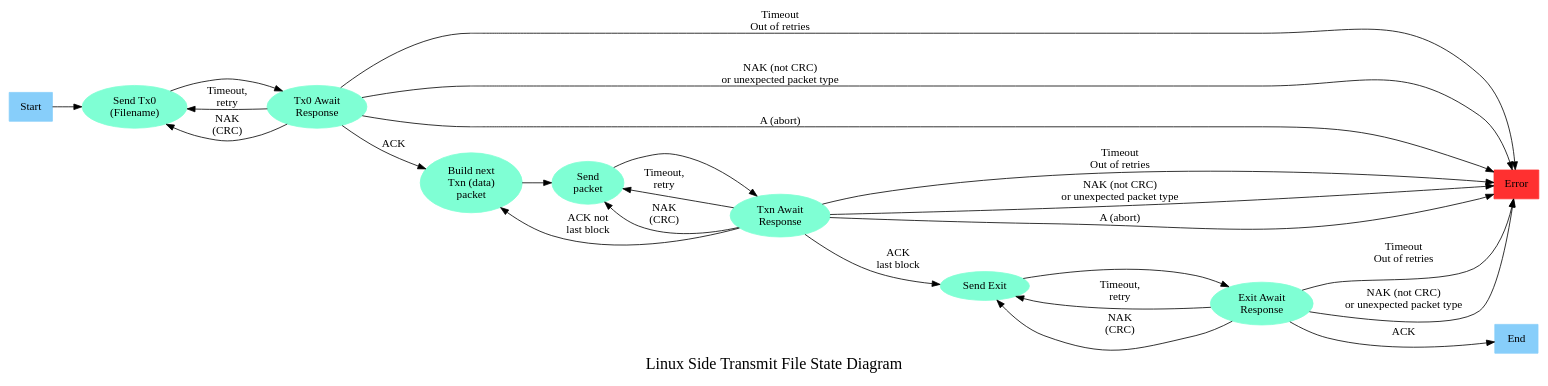
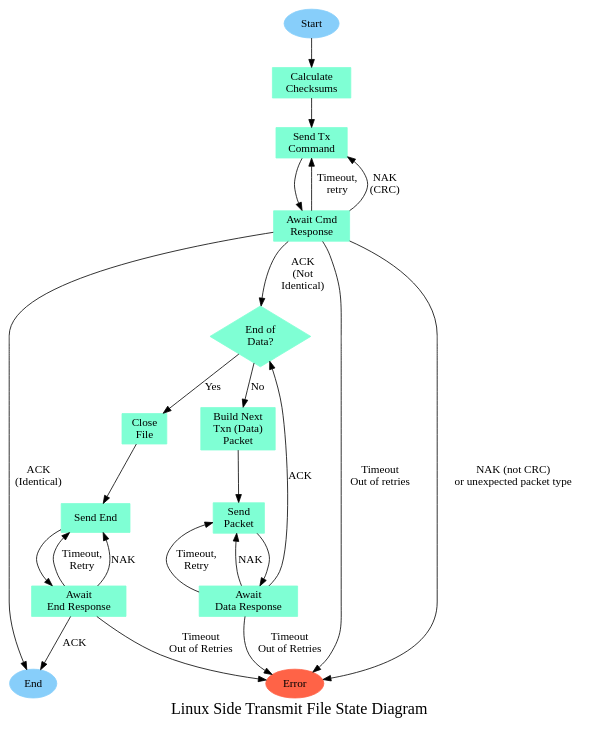
Before and after one commit to rundel-tech/ZARC: the diagram in software/tools/stran/GraphViz/LinuxTransmitStates.gv, drawn with Graphviz. The commit also changed 413 other files, not shown here.

```diff
--- a/software/tools/stran/GraphViz/LinuxTransmitStates.gv
+++ b/software/tools/stran/GraphViz/LinuxTransmitStates.gv
@@ -1,61 +1,68 @@
 digraph CPU_Block {
 #    node [shape=box]; course; institute; student;
 #    node [shape=ellipse]; {node [label="name"] name0; name1; name2;}
 #        code; grade; number;
 #    node [shape=diamond,style=filled,color=lightgrey]; "C-I"; "S-C"; "S-I";
 
 #    code -- course;
 #    course -- "C-I" [label="n"];
 #   "AM-AC-2WT1" -- "AM-AF-3330" [label="F1303\n61611937AA00",len=1\n00];
 
-    graph [rankdir=LR]
+#    graph [rankdir=LR]
+    graph [rankdir=TB]
     edge [color=black];
 
-    node [shape=ellipse color=aquamarine style=filled];
+    node [shape=box color=aquamarine style=filled];
 
     {
-        node [shape=box color=lightskyblue]
+        node [shape=ellipse color=lightskyblue]
         rank=source;
         "Start";
     }
 
     {
-        node [shape=box color=lightskyblue]
+        node [shape=box color=lightskyblue shape=ellipse]
         rank=sink;
         "End";
-        node [color=firebrick1]
+        node [color=tomato]
         "Error";
     }
 
+    {
+        node [shape=diamond]
+        "End of\nData?";
+    }
 
-    "Start" -> "Send Tx0\n(Filename)";
+    "Start" -> "Calculate\nChecksums";
+    "Calculate\nChecksums" -> "Send Tx\nCommand";
 
-    "Send Tx0\n(Filename)" -> "Tx0 Await\nResponse";
-    "Tx0 Await\nResponse" -> "Send Tx0\n(Filename)" [label = "Timeout,\nretry"];
-    "Tx0 Await\nResponse" -> "Error" [label = "Timeout\nOut of retries"];
-    "Tx0 Await\nResponse" -> "Build next\nTxn (data)\npacket" [label = "ACK"]
-    "Tx0 Await\nResponse" -> "Send Tx0\n(Filename)" [label = "NAK\n(CRC)"]
-    "Tx0 Await\nResponse" -> "Error" [label = "NAK (not CRC)\nor unexpected packet type"]
-    "Tx0 Await\nResponse" -> "Error" [label = "A (abort)"]
+    "Send Tx\nCommand" -> "Await Cmd\nResponse";
+    "Await Cmd\nResponse" -> "Send Tx\nCommand" [label = "Timeout,\nretry"];
+    "Await Cmd\nResponse" -> "Error" [label = "Timeout\nOut of retries"];
+    "Await Cmd\nResponse" -> "End of\nData?" [label = "ACK\n(Not\nIdentical)"]
+    "Await Cmd\nResponse" -> "Send Tx\nCommand" [label = "NAK\n(CRC)"]
+    "Await Cmd\nResponse" -> "Error" [label = "NAK (not CRC)\nor unexpected packet type"]
+    "Await Cmd\nResponse" -> "End" [label = "ACK\n(Identical)"]
 
-    "Build next\nTxn (data)\npacket" -> "Send\npacket"
-    "Send\npacket" -> "Txn Await\nResponse";
+    "End of\nData?" -> "Build Next\nTxn (Data)\nPacket" [label = "No"]
+    "End of\nData?" -> "Close\nFile" [label = "Yes"]
 
-    "Txn Await\nResponse" -> "Send\npacket" [label = "Timeout,\nretry"];
-    "Txn Await\nResponse" -> "Error" [label = "Timeout\nOut of retries"];
-    "Txn Await\nResponse" -> "Build next\nTxn (data)\npacket" [label = "ACK not\nlast block"]
-    "Txn Await\nResponse" -> "Send Exit" [label = "ACK\nlast block"]
-    "Txn Await\nResponse" -> "Send\npacket" [label = "NAK\n(CRC)"]
-    "Txn Await\nResponse" -> "Error" [label = "NAK (not CRC)\nor unexpected packet type"]
-    "Txn Await\nResponse" -> "Error" [label = "A (abort)"]
+    "Build Next\nTxn (Data)\nPacket" -> "Send\nPacket"
+    "Send\nPacket" -> "Await\nData Response";
 
-    "Send Exit" -> "Exit Await\nResponse"
-    "Exit Await\nResponse" -> "Send Exit" [label = "Timeout,\nretry"];
-    "Exit Await\nResponse" -> "Error" [label = "Timeout\nOut of retries"];
-    "Exit Await\nResponse" -> "End" [label = "ACK"]
-    "Exit Await\nResponse" -> "Send Exit" [label = "NAK\n(CRC)"]
-    "Exit Await\nResponse" -> "Error" [label = "NAK (not CRC)\nor unexpected packet type"]
+    "Await\nData Response" -> "Send\nPacket" [label = "Timeout,\nRetry"];
+    "Await\nData Response" -> "Error" [label = "Timeout\nOut of Retries"];
+    "Await\nData Response" -> "Send\nPacket" [label = "NAK"]
+    "Await\nData Response" -> "End of\nData?" [label = "ACK"]
+
+    "Close\nFile" -> "Send End"
+
+    "Send End" -> "Await\nEnd Response"
+    "Await\nEnd Response" -> "Send End" [label = "Timeout,\nRetry"];
+    "Await\nEnd Response" -> "Error" [label = "Timeout\nOut of Retries"];
+    "Await\nEnd Response" -> "Send End" [label = "NAK"]
+    "Await\nEnd Response" -> "End" [label = "ACK"]
 
     label = "Linux Side Transmit File State Diagram";
     fontsize=20;
 }
```
